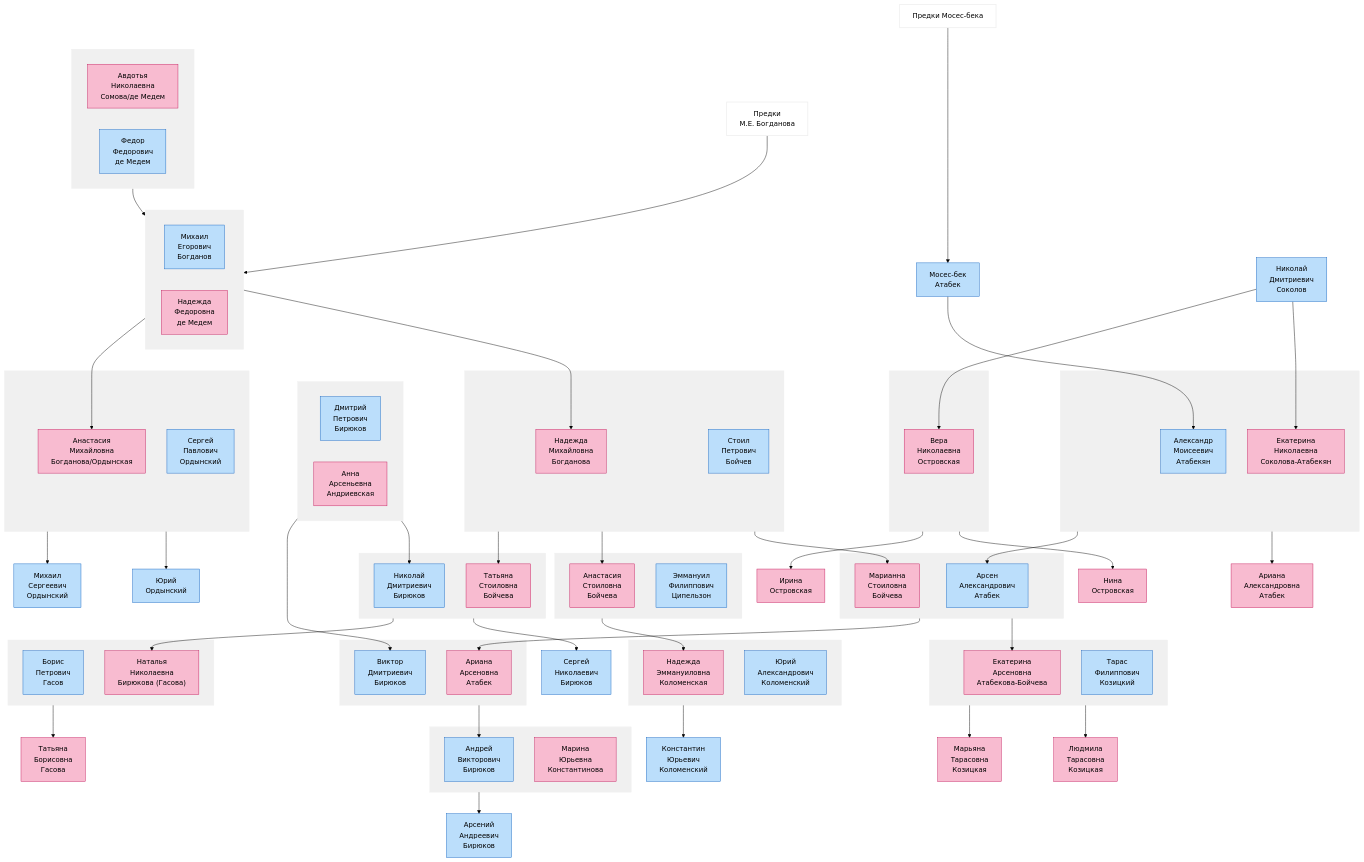
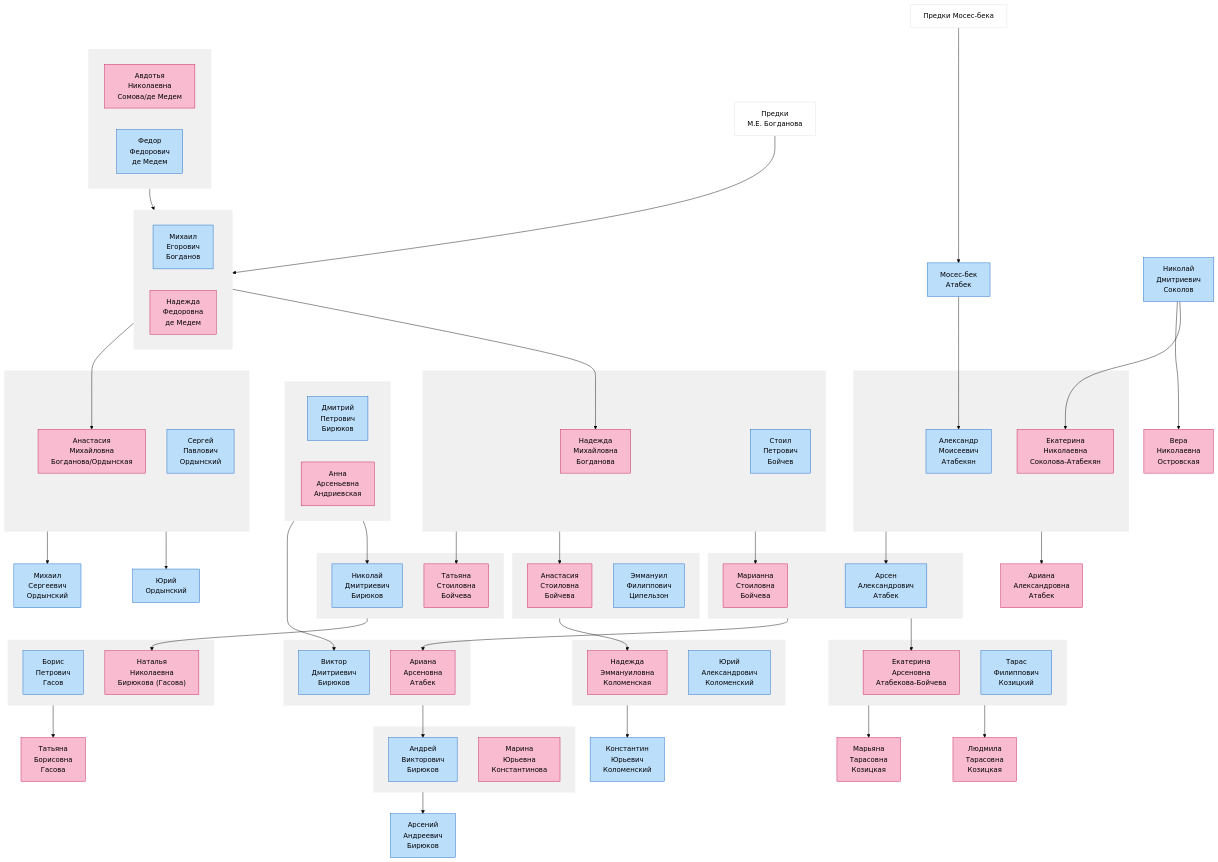
The diagram in docs/index.md (senjaster/atagen), drawn with Mermaid (forest theme) before and after one commit. The commit also changed 4 other files, not shown here.

```diff
--- a/docs/index.md
+++ b/docs/index.md
@@ -37,7 +37,6 @@
     AAA_["Анна<br>Арсеньевна<br>Андриевская"]:::female
     NDB["Николай<br>Дмитриевич<br>Бирюков"]:::male
 
-    SNB["Сергей<br>Николаевич<br>Бирюков"]:::male
     VDB["Виктор<br>Дмитриевич<br>Бирюков"]:::male
     AVB["Андрей<br>Викторович<br>Бирюков"]:::male
     MYK["Марина<br>Юрьевна<br>Константинова"]:::female
@@ -56,8 +55,6 @@
     %% Семья Соколовых
     NDS["Николай<br>Дмитриевич<br>Соколов"]:::male
     VNO["Вера<br>Николаевна<br>Островская"]:::female
-    INO["Ирина<br>Островская"]:::female
-    NNO["Нина<br>Островская"]:::female
     
     %% Семья Бойчевых
     SPB["Стоил<br>Петрович<br>Бойчев"]:::male
@@ -159,7 +156,6 @@
     end
     couple_NDB_TSB:::couple
     couple_NDB_TSB --> NNG
-    couple_NDB_TSB --> SNB
     
     %% Семья Гасовых
     subgraph couple_BPG_NNG [" "]
@@ -182,13 +178,6 @@
     NDS --> VNO
     NDS --> ENS
     
-    %% Семья Островских
-    subgraph couple_VNO_Unknown [" "]
-        VNO
-    end
-    couple_VNO_Unknown:::couple
-    couple_VNO_Unknown --> INO
-    couple_VNO_Unknown --> NNO
     
     %% Семья Бойчевых
     subgraph couple_SPB_NMB [" "]
```
